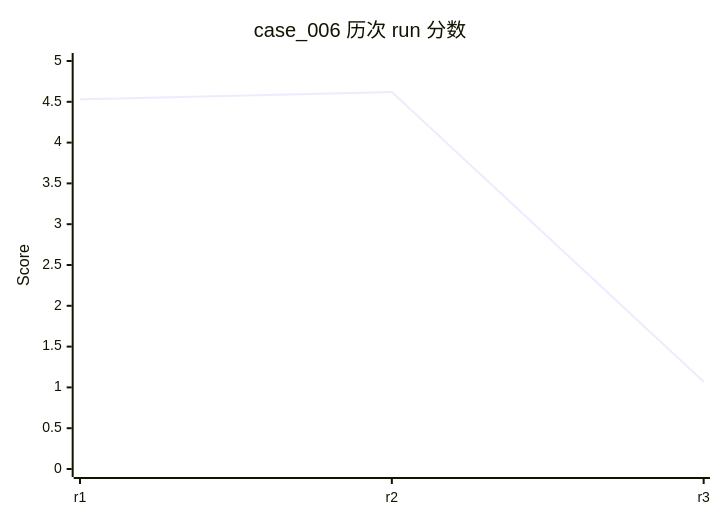
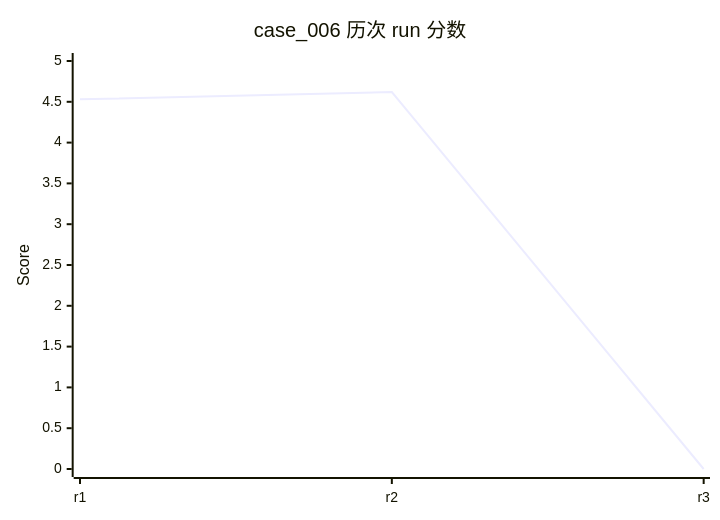
Before and after one commit to rushengzhou/sid-code: diagram 38 of 58 in evals/DASHBOARD.md, drawn with Mermaid. The commit also changed other lines of this file and 49 other files, not shown here.

````diff
--- a/evals/DASHBOARD.md
+++ b/evals/DASHBOARD.md
@@ -792,7 +798,7 @@
 ```mermaid
 xychart-beta
     title "case_006 历次 run 分数"
     x-axis [r1, r2, r3]
     y-axis "Score" 0 --> 5
-    line [4.53, 4.62, 1.07]
+    line [4.53, 4.62, 0]
 ```
````
